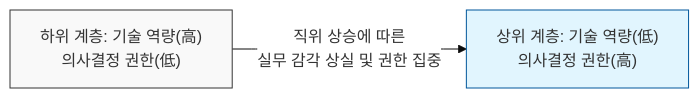
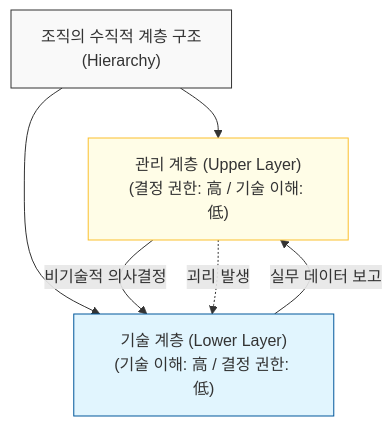
The second of 2 diagrams in docs/laws/putts-law.md (jeonck/ai-sw-engineering), drawn with Mermaid before and after one commit. The commit also changed other lines of this file and 29 other files, not shown here.

````diff
--- a/docs/laws/putts-law.md
+++ b/docs/laws/putts-law.md
@@ -29,7 +30,14 @@
 ```mermaid
-%%{init: { 'theme': 'base', 'themeVariables': { 'edgeLabelBackground': '#fff' }}}%%
-flowchart LR
-    A2["하위 계층: 기술 역량(高)\n의사결정 권한(低)"] -- "직위 상승에 따른\n실무 감각 상실 및 권한 집중" --> B2["상위 계층: 기술 역량(低)\n의사결정 권한(高)"]
-    style A2 fill:#f9f9f9,stroke:#333,stroke-width:1px
-    style B2 fill:#e1f5fe,stroke:#01579b,stroke-width:1px
+graph TD
+    Hierarchy["조직의 수직적 계층 구조\n(Hierarchy)"] --> Manager["관리 계층 (Upper Layer)\n(결정 권한: 高 / 기술 이해: 低)"]
+    Hierarchy --> Technician["기술 계층 (Lower Layer)\n(기술 이해: 高 / 결정 권한: 低)"]
+    
+    Technician -- "실무 데이터 보고" --> Manager
+    Manager -- "비기술적 의사결정" --> Technician
+    
+    Manager -. "괴리 발생" .-> Technician
+    
+    style Hierarchy fill:#f9f9f9,stroke:#333,stroke-width:1px
+    style Manager fill:#fffde7,stroke:#fbc02d,stroke-width:1px
+    style Technician fill:#e1f5fe,stroke:#01579b,stroke-width:1px
 ```
````
